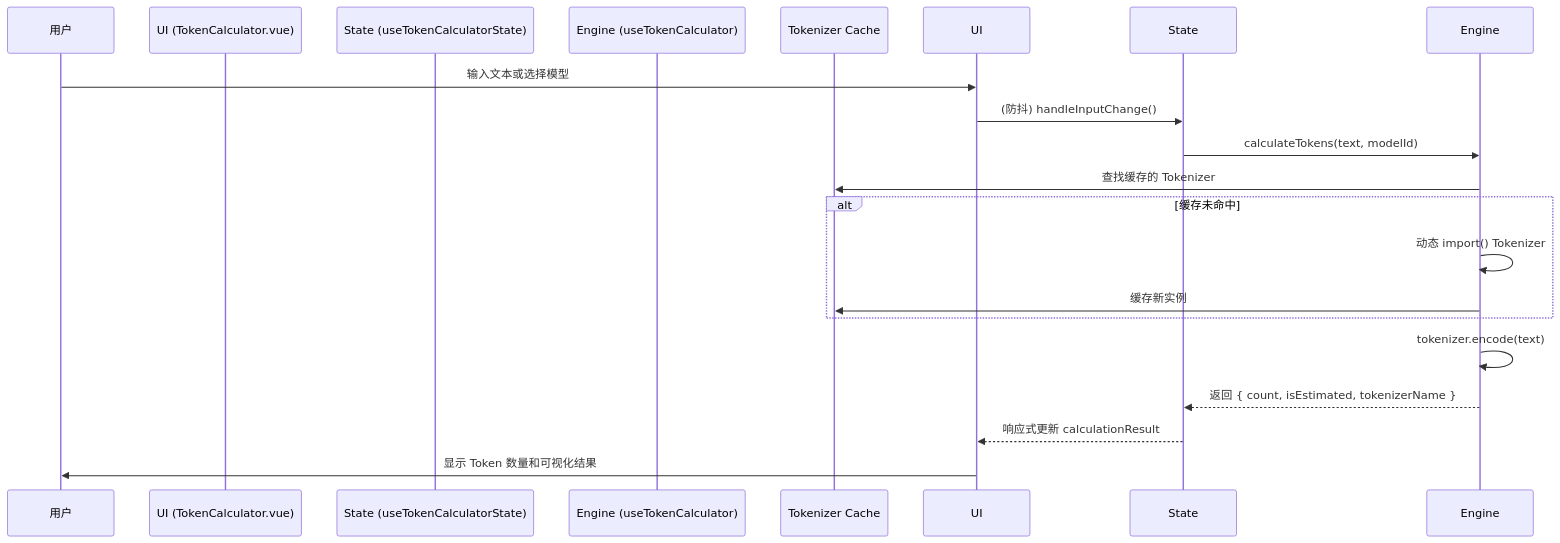
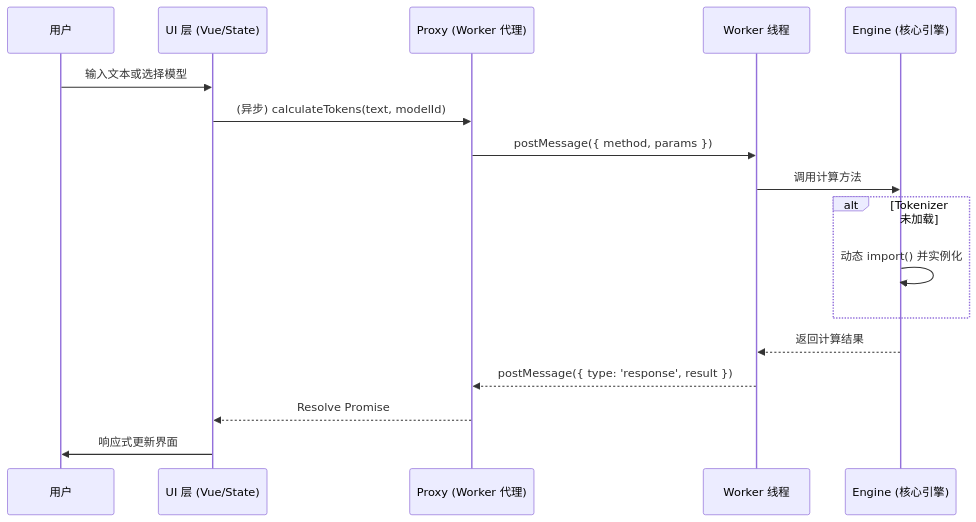
One commit to miaotouy/aio-hub changed the diagram in src/tools/token-calculator/ARCHITECTURE.md. Above: the diagram before and after it, drawn with Mermaid. The commit also changed other lines of this file, not shown here.

Commit message:
docs(token-calculator): 更新架构文档，引入 Web Worker 离线计算
本次更新旨在优化 Token Calculator 的性能和用户体验，将核心计算逻辑移至 Web Worker，以避免阻塞 UI 线程。

- **引入 Web Worker**: 将 Tokenizer 加载、文本编码/解码及多模态计算等核心逻辑迁移至 Web Worker，实现离线计算。
- **优化 UI 响应性**: 通过主从架构和异步代理，确保 UI 界面在处理复杂计算时保持流畅。
- **增强架构清晰度**: 更新架构文档，明确 View、State、Proxy、Worker 和 Engine 的职责划分。
- **更新数据流图**: 调整 Mermaid 图以反映新的 Worker 架构和数据流。

````diff
--- a/src/tools/token-calculator/ARCHITECTURE.md
+++ b/src/tools/token-calculator/ARCHITECTURE.md
@@ -48,23 +59,23 @@
 ```mermaid
 sequenceDiagram
     participant User as 用户
-    participant UI (TokenCalculator.vue)
-    participant State (useTokenCalculatorState)
-    participant Engine (useTokenCalculator)
-    participant Cache as Tokenizer Cache
+    participant UI as UI 层 (Vue/State)
+    participant Proxy as Proxy (Worker 代理)
+    participant Worker as Worker 线程
+    participant Engine as Engine (核心引擎)
 
     User->>UI: 输入文本或选择模型
-    UI->>State: (防抖) handleInputChange()
-    State->>Engine: calculateTokens(text, modelId)
-    Engine->>Cache: 查找缓存的 Tokenizer
-    
-    alt 缓存未命中
-        Engine->>Engine: 动态 import() Tokenizer
-        Engine->>Cache: 缓存新实例
+    UI->>Proxy: (异步) calculateTokens(text, modelId)
+    Proxy->>Worker: postMessage({ method, params })
+
+    Worker->>Engine: 调用计算方法
+
+    alt Tokenizer 未加载
+        Engine->>Engine: 动态 import() 并实例化
     end
-    
-    Engine->>Engine: tokenizer.encode(text)
-    Engine-->>State: 返回 { count, isEstimated, tokenizerName }
-    State-->>UI: 响应式更新 calculationResult
-    UI->>User: 显示 Token 数量和可视化结果
+
+    Engine-->>Worker: 返回计算结果
+    Worker-->>Proxy: postMessage({ type: 'response', result })
+    Proxy-->>UI: Resolve Promise
+    UI->>User: 响应式更新界面
 ```
````
